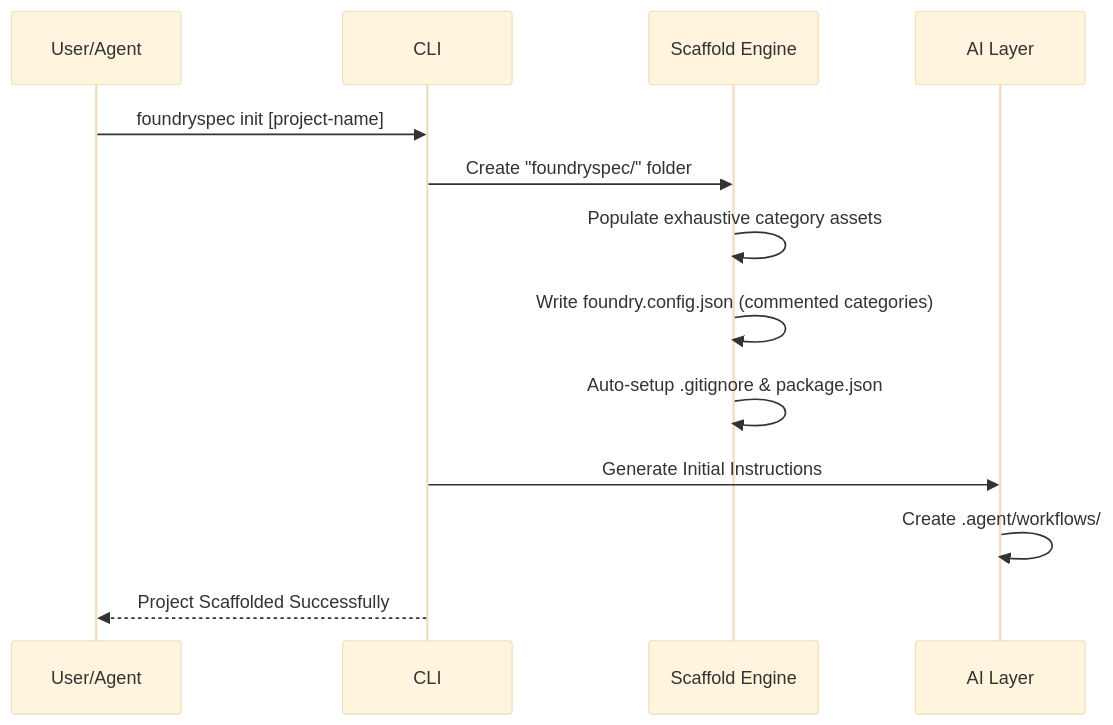
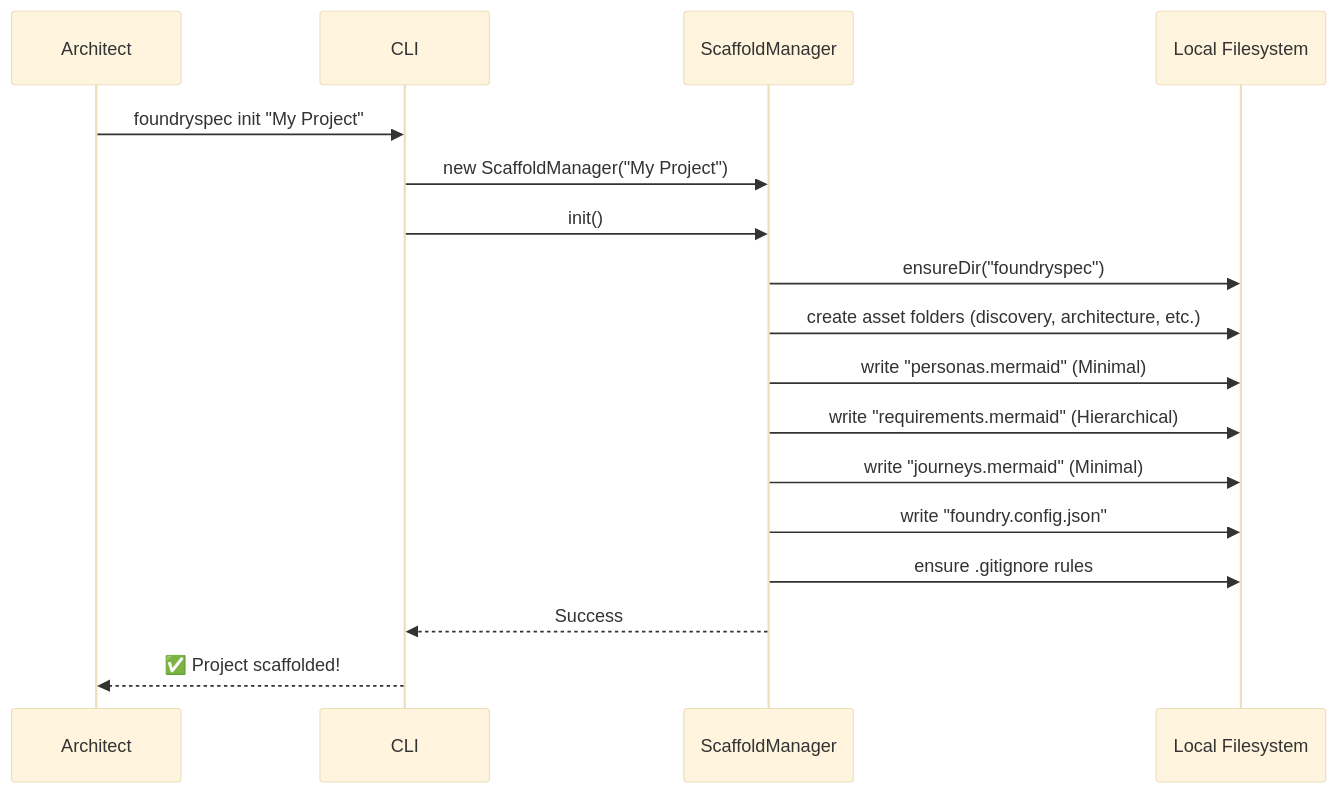
Before and after one commit to futurefoundai/foundryspec: the diagram in foundryspec/assets/sequences/init.mermaid, drawn with Mermaid (base theme). The commit also changed 32 other files, not shown here.

Commit message:
feat: implement Discovery phase, auto-discovery, hot-reload, and system-wide architectural mapping (v1.0.2)

```diff
--- a/foundryspec/assets/sequences/init.mermaid
+++ b/foundryspec/assets/sequences/init.mermaid
@@ -1,14 +1,20 @@
 sequenceDiagram
-    participant U as User/Agent
-    participant C as CLI
-    participant S as Scaffold Engine
-    participant A as AI Layer
+    participant Architect
+    participant CLI
+    participant ScaffoldManager
+    participant FS as Local Filesystem
 
-    U->>C: foundryspec init [project-name]
-    C->>S: Create "foundryspec/" folder
-    S->>S: Populate exhaustive category assets
-    S->>S: Write foundry.config.json (commented categories)
-    S->>S: Auto-setup .gitignore & package.json
-    C->>A: Generate Initial Instructions
-    A->>A: Create .agent/workflows/
-    C-->>U: Project Scaffolded Successfully
+    Architect->>CLI: foundryspec init "My Project"
+    CLI->>ScaffoldManager: new ScaffoldManager("My Project")
+    CLI->>ScaffoldManager: init()
+    
+    ScaffoldManager->>FS: ensureDir("foundryspec")
+    ScaffoldManager->>FS: create asset folders (discovery, architecture, etc.)
+    ScaffoldManager->>FS: write "personas.mermaid" (Minimal)
+    ScaffoldManager->>FS: write "requirements.mermaid" (Hierarchical)
+    ScaffoldManager->>FS: write "journeys.mermaid" (Minimal)
+    ScaffoldManager->>FS: write "foundry.config.json"
+    ScaffoldManager->>FS: ensure .gitignore rules
+    
+    ScaffoldManager-->>CLI: Success
+    CLI-->>Architect: ✅ Project scaffolded!
```
